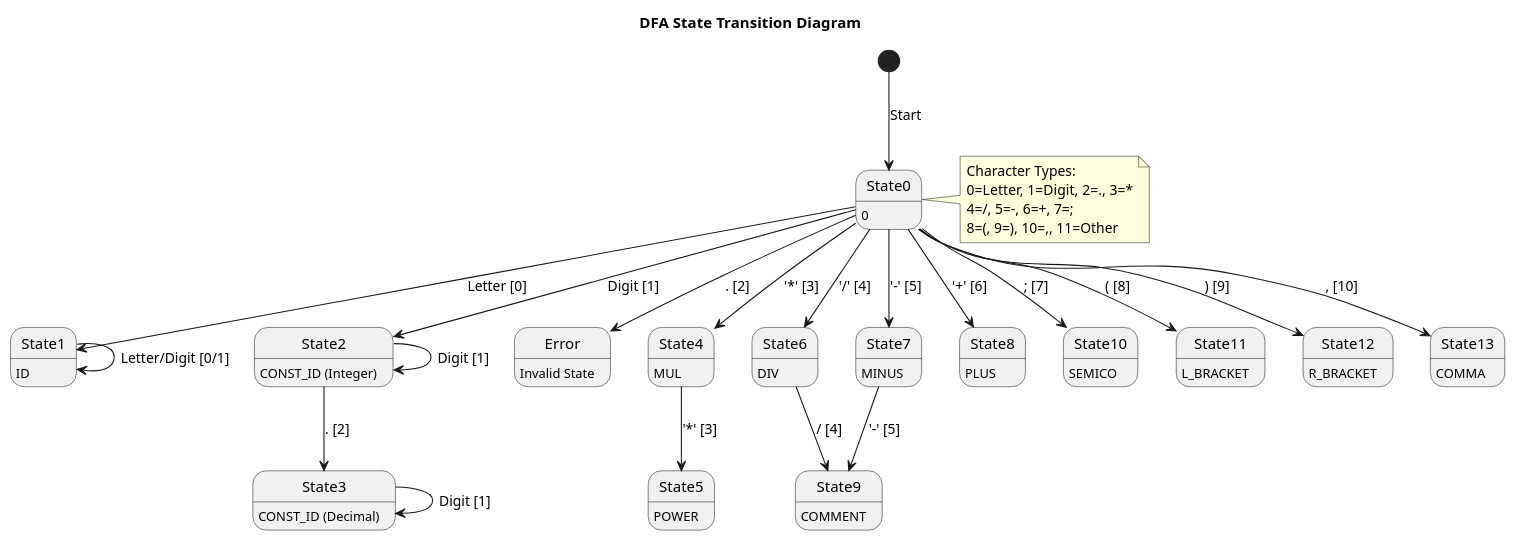
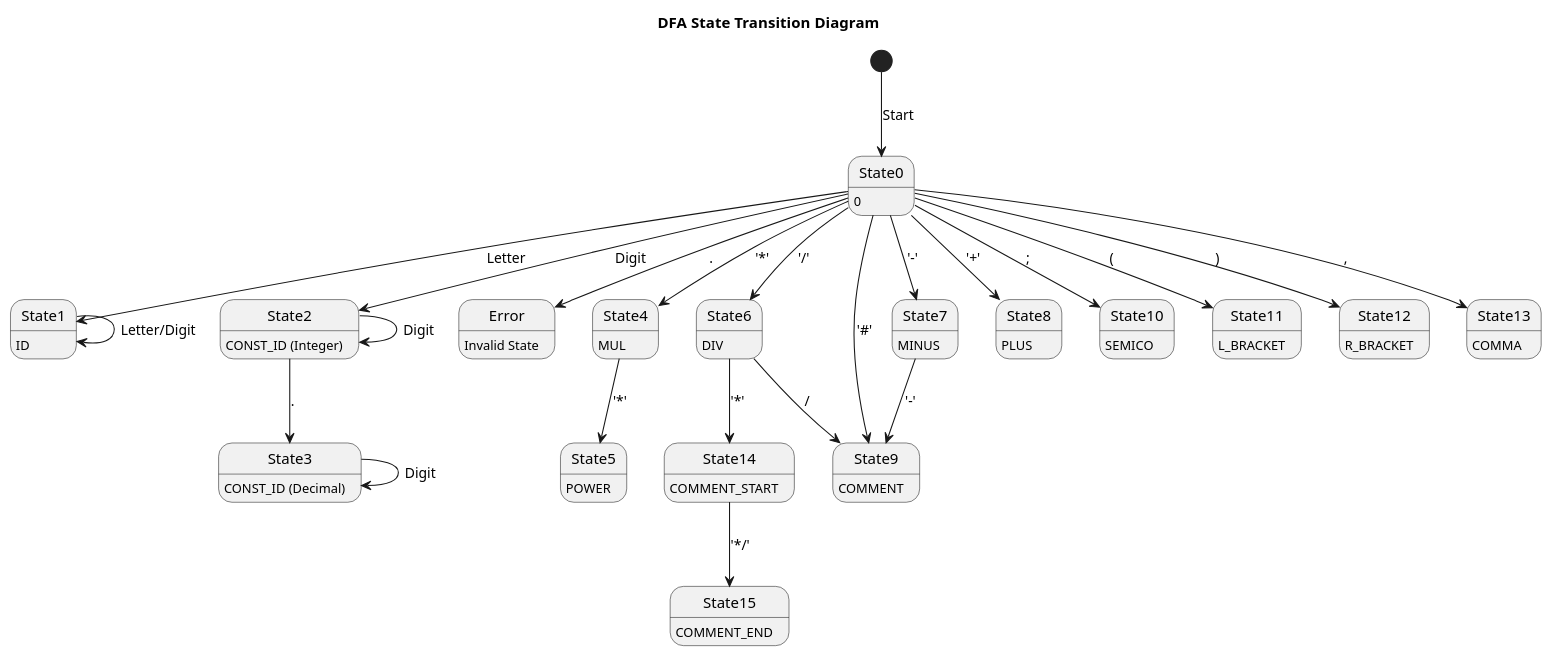
One commit to DawnWAW/DrawLangCompiler changed the diagram in doc/2.scanner/DFA.puml. Above: the diagram before and after it, drawn with PlantUML. The commit also changed 3 other files, not shown here.

```diff
--- a/doc/2.scanner/DFA.puml
+++ b/doc/2.scanner/DFA.puml
@@ -1,61 +1,60 @@
 @startuml DFA
 title DFA State Transition Diagram
 
 [*] --> State0 : Start
 
 State0 : 0
-State0 --> State1 : Letter [0]
-State0 --> State2 : Digit [1]
-State0 --> Error : . [2]
-State0 --> State4 : '*' [3]
-State0 --> State6 : '/' [4]
-State0 --> State7 : '-' [5]
-State0 --> State8 : '+' [6]
-State0 --> State10 : ; [7]
-State0 --> State11 : ( [8]
-State0 --> State12 : ) [9]
-State0 --> State13 : , [10]
+State0 --> State1 : Letter
+State0 --> State2 : Digit
+State0 --> Error : .
+State0 --> State4 : '*'
+State0 --> State6 : '/'
+State0 --> State9 : '#'
+State0 --> State7 : '-'
+State0 --> State8 : '+'
+State0 --> State10 : ;
+State0 --> State11 : (
+State0 --> State12 : )
+State0 --> State13 : ,
 
 State1 : ID
-State1 --> State1 : Letter/Digit [0/1]
+State1 --> State1 : Letter/Digit
 
 State2 : CONST_ID (Integer)
-State2 --> State2 : Digit [1]
-State2 --> State3 : . [2]
+State2 --> State2 : Digit
+State2 --> State3 : .
 
 State3 : CONST_ID (Decimal)
-State3 --> State3 : Digit [1]
+State3 --> State3 : Digit
 
 State4 : MUL
-State4 --> State5 : '*' [3]
+State4 --> State5 : '*'
 
 State5 : POWER
 
 State6 : DIV
-State6 --> State9 : / [4]
+State6 --> State9 : /
+State6 --> State14: '*'
 
 State7 : MINUS
-State7 --> State9 : '-' [5]
+State7 --> State9 : '-'
 
 State8 : PLUS
 
 State9 : COMMENT
 
 State10 : SEMICO
 
 State11 : L_BRACKET
 
 State12 : R_BRACKET
 
 State13 : COMMA
 
-note right of State0
-  Character Types:
-  0=Letter, 1=Digit, 2=., 3=*
-  4=/, 5=-, 6=+, 7=;
-  8=(, 9=), 10=,, 11=Other
-end note
+State14: COMMENT_START
+State15: COMMENT_END
+State14 --> State15: '*/'
 
 Error : Invalid State
 
 @enduml
```
